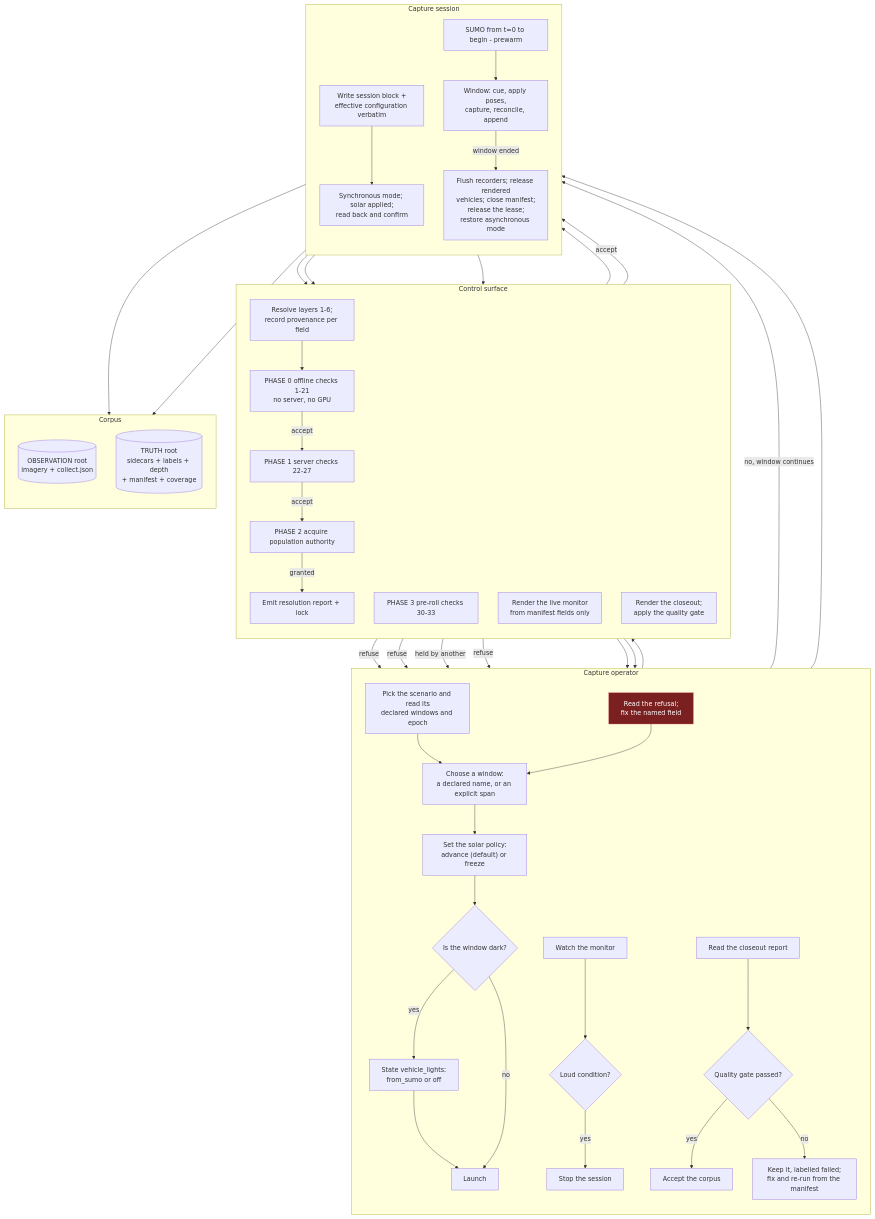
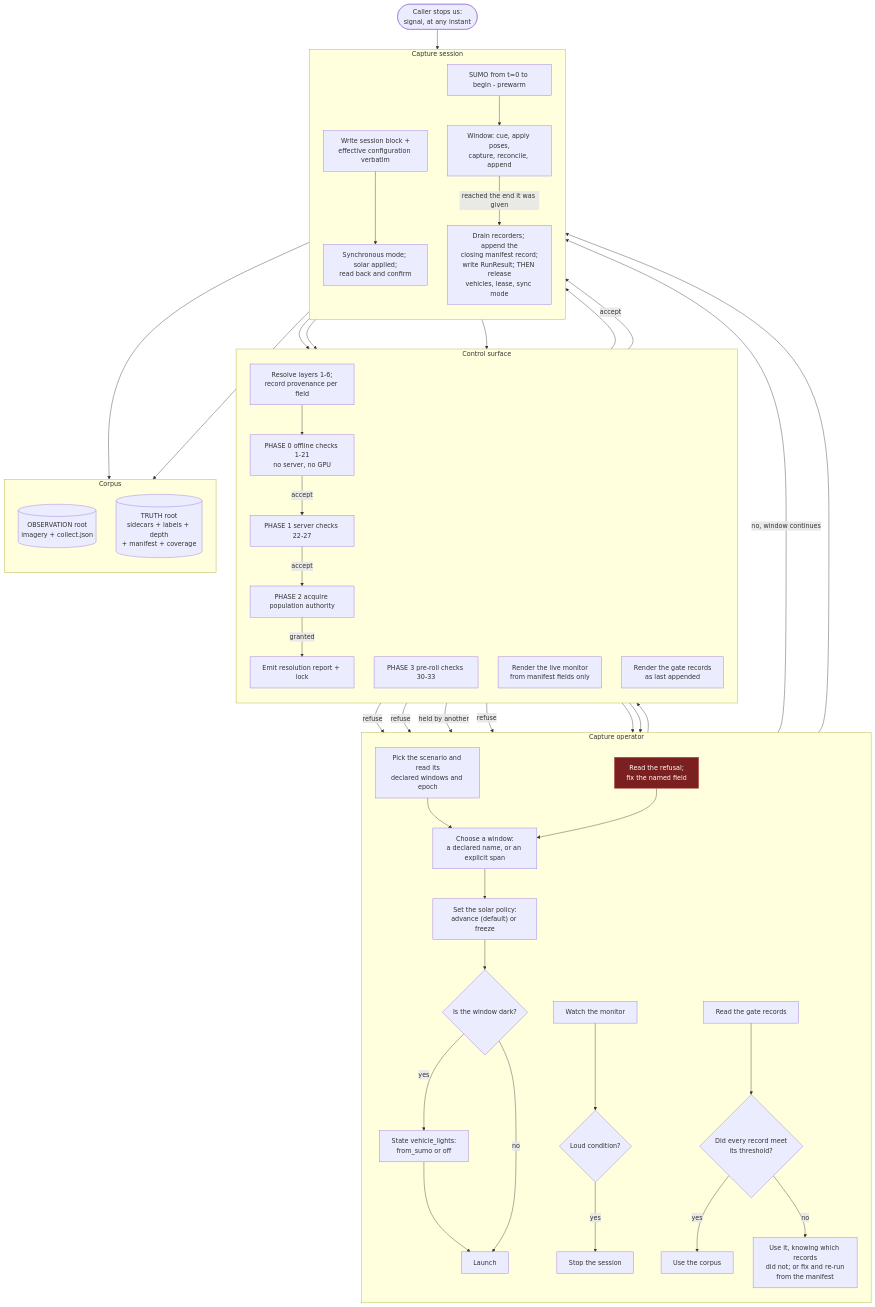
Before and after one commit to sbrett9/carla: the fourth of 4 diagrams in Docs/CAT_Research/Plans/SUMO_Behavioral_Capture/12_Operator_Control_Surface.md, drawn with Mermaid. The commit also changed other lines of this file and 14 other files, not shown here.

First line of the commit message:
Hand run control to the caller, stop rendering traffic lights

````diff
--- a/Docs/CAT_Research/Plans/SUMO_Behavioral_Capture/12_Operator_Control_Surface.md
+++ b/Docs/CAT_Research/Plans/SUMO_Behavioral_Capture/12_Operator_Control_Surface.md
@@ -1532,73 +1803,74 @@
 ```mermaid
 flowchart TB
     subgraph OP["Capture operator"]
         direction TB
         O1["Pick the scenario and read its<br/>declared windows and epoch"]
         O2["Choose a window:<br/>a declared name, or an explicit span"]
         O3["Set the solar policy:<br/>advance (default) or freeze"]
         O4{"Is the window dark?"}
         O5["State vehicle_lights:<br/>from_sumo or off"]
         O6["Launch"]
         O7["Read the refusal;<br/>fix the named field"]
         O8["Watch the monitor"]
         O9{"Loud condition?"}
         O10["Stop the session"]
-        O11["Read the closeout report"]
-        O12{"Quality gate passed?"}
-        O13["Accept the corpus"]
-        O14["Keep it, labelled failed;<br/>fix and re-run from the manifest"]
+        O11["Read the gate records"]
+        O12{"Did every record meet<br/>its threshold?"}
+        O13["Use the corpus"]
+        O14["Use it, knowing which records<br/>did not; or fix and re-run<br/>from the manifest"]
     end
 
     subgraph CS["Control surface"]
         direction TB
         C1["Resolve layers 1-6;<br/>record provenance per field"]
         C2["PHASE 0 offline checks 1-21<br/>no server, no GPU"]
         C3["PHASE 1 server checks 22-27"]
         C4["PHASE 2 acquire population authority"]
         C5["PHASE 3 pre-roll checks 30-33"]
         C6["Emit resolution report + lock"]
         C7["Render the live monitor<br/>from manifest fields only"]
-        C8["Render the closeout;<br/>apply the quality gate"]
+        C8["Render the gate records<br/>as last appended"]
     end
 
     subgraph SESS["Capture session"]
         direction TB
         S1["Write session block +<br/>effective configuration verbatim"]
         S2["Synchronous mode; solar applied;<br/>read back and confirm"]
         S3["SUMO from t=0 to begin - prewarm"]
         S4["Window: cue, apply poses,<br/>capture, reconcile, append"]
-        S5["Flush recorders; release rendered<br/>vehicles; close manifest;<br/>release the lease;<br/>restore asynchronous mode"]
+        S5["Drain recorders; append the<br/>closing manifest record;<br/>write RunResult; THEN release<br/>vehicles, lease, sync mode"]
     end
 
     subgraph CORP["Corpus"]
         direction TB
         P1[("OBSERVATION root<br/>imagery + collect.json")]
         P2[("TRUTH root<br/>sidecars + labels + depth<br/>+ manifest + coverage")]
     end
 
     O1 --> O2 --> O3 --> O4
     O4 -->|"yes"| O5 --> O6
     O4 -->|"no"| O6
     O6 --> C1 --> C2
     C2 -->|"refuse"| O7 --> O2
     C2 -->|"accept"| C3
     C3 -->|"refuse"| O7
     C3 -->|"accept"| C4
     C4 -->|"held by another"| O7
     C4 -->|"granted"| C6 --> S1 --> S2 --> C5
     C5 -->|"refuse"| O7
     C5 -->|"accept"| S3 --> S4
     S4 --> C7 --> O8 --> O9
     O9 -->|"yes"| O10
     O9 -->|"no, window continues"| S4
-    S4 -->|"window ended"| S5
+    S4 -->|"reached the end it was given"| S5
     O10 --> S5
+    KILL(["Caller stops us:<br/>signal, at any instant"]) --> S5
     S4 --> P1
     S4 --> P2
     S5 --> C8 --> O11 --> O12
     O12 -->|"yes"| O13
     O12 -->|"no"| O14
 
     classDef refusal fill:#7a2020,stroke:#d06060,color:#fff
     class O7 refusal
 ```
````
